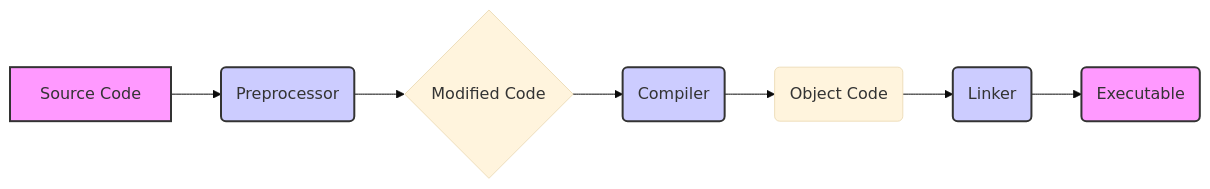
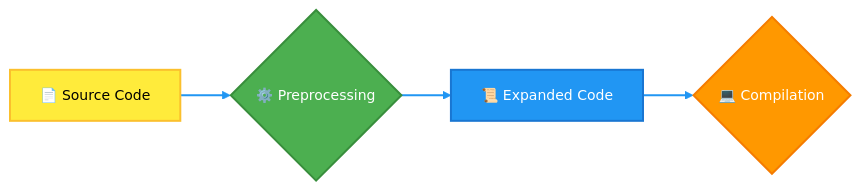
One commit to infoyouth/infoyouth.github.io changed the ninth of 12 diagrams in _posts/2024-12-20-13.-c-preprocessor.md. Above: the diagram before and after it, drawn with Mermaid (base theme). The commit also changed other lines of this file, not shown here.

````diff
--- a/_posts/2024-12-20-13.-c-preprocessor.md
+++ b/_posts/2024-12-20-13.-c-preprocessor.md
@@ -1378,14 +1918,21 @@
 ```mermaid
 graph LR
-    A[Source Code] --> B(Preprocessor);
-    B --> C{Modified Code};
-    C --> D(Compiler);
-    D --> E(Object Code);
-    E --> F(Linker);
-    F --> G(Executable);
-    style A fill:#f9f,stroke:#333,stroke-width:2px
-     style G fill:#f9f,stroke:#333,stroke-width:2px
-    style B fill:#ccf,stroke:#333,stroke-width:2px
-    style D fill:#ccf,stroke:#333,stroke-width:2px
-    style F fill:#ccf,stroke:#333,stroke-width:2px
+    A[📄 Source Code] --> B{⚙️ Preprocessing};
+    B --> C[📜 Expanded Code];
+    C --> D{💻 Compilation};
+
+    class A processA;
+    class B processB;
+    class C processC;
+    class D processD;
+
+    classDef processA fill:#FFEB3B,stroke:#FBC02D,stroke-width:2px,color:#000000,font-size:14px,corner-radius:10px;
+    classDef processB fill:#4CAF50,stroke:#388E3C,stroke-width:2px,color:#FFFFFF,font-size:14px,corner-radius:10px;
+    classDef processC fill:#2196F3,stroke:#1976D2,stroke-width:2px,color:#FFFFFF,font-size:14px,corner-radius:10px;
+    classDef processD fill:#FF9800,stroke:#F57C00,stroke-width:2px,color:#FFFFFF,font-size:14px,corner-radius:10px;
+
+    linkStyle 0 stroke:#2196F3,stroke-width:2px;
+    linkStyle 1 stroke:#2196F3,stroke-width:2px;
+    linkStyle 2 stroke:#2196F3,stroke-width:2px;
+
 ```
````
